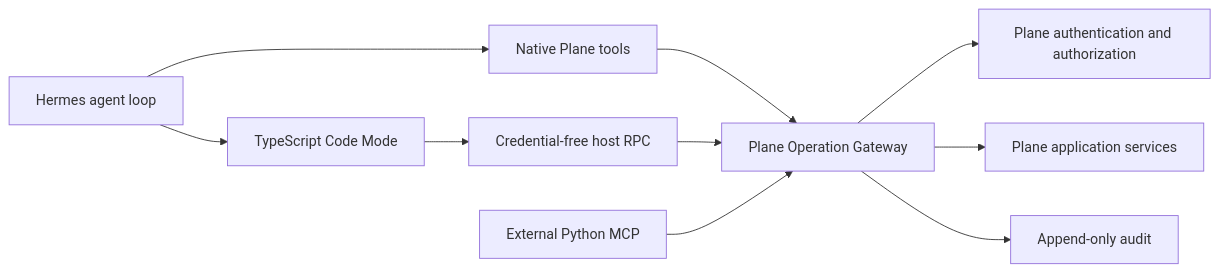
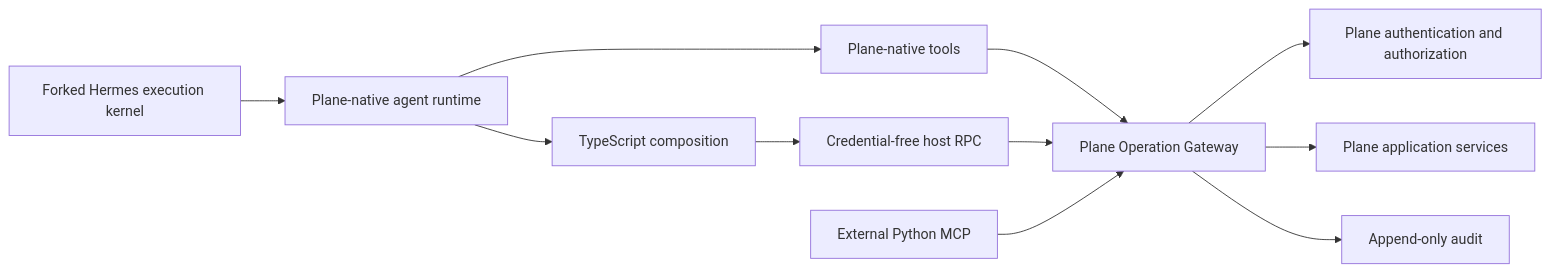
The diagram in docs/agent-tooling/architecture.md (uxheavy/plane-runner), drawn with Mermaid before and after one commit. The commit also changed other lines of this file and 7 other files, not shown here.

Commit message:
docs: redesign agent tooling around Plane runtime

````diff
--- a/docs/agent-tooling/architecture.md
+++ b/docs/agent-tooling/architecture.md
@@ -5,12 +5,13 @@
 ```mermaid
 flowchart LR
-    H["Hermes agent loop"] --> N["Native Plane tools"]
-    H --> C["TypeScript Code Mode"]
+    H["Plane-native agent runtime"] --> N["Plane-native tools"]
+    H --> C["TypeScript composition"]
+    K["Forked Hermes execution kernel"] --> H
     C --> R["Credential-free host RPC"]
     N --> G["Plane Operation Gateway"]
     R --> G
     E["External Python MCP"] --> G
     G --> A["Plane authentication and authorization"]
     G --> S["Plane application services"]
     G --> U["Append-only audit"]
 ```
````
